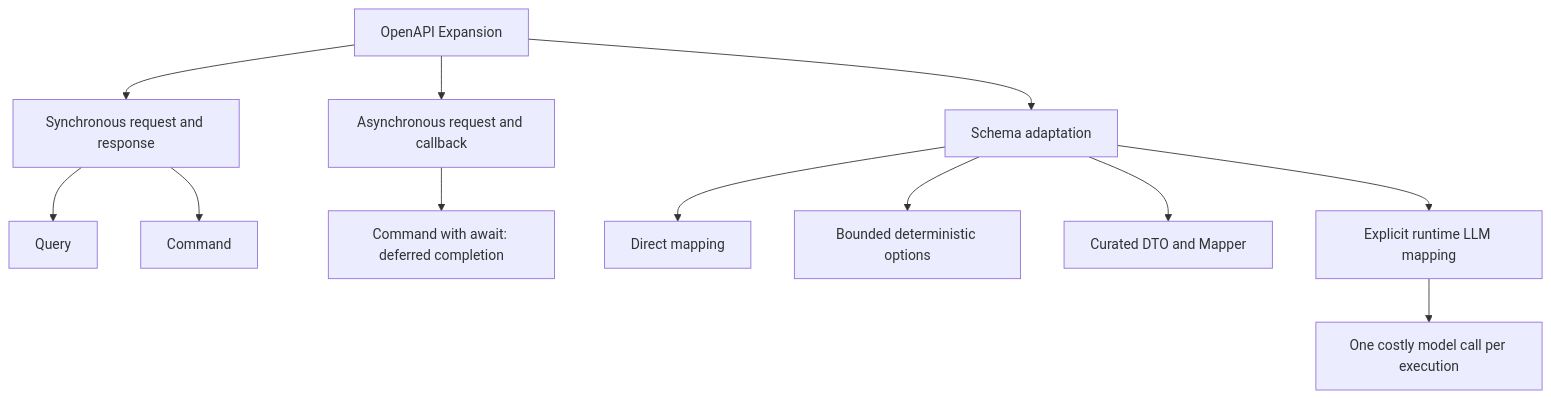
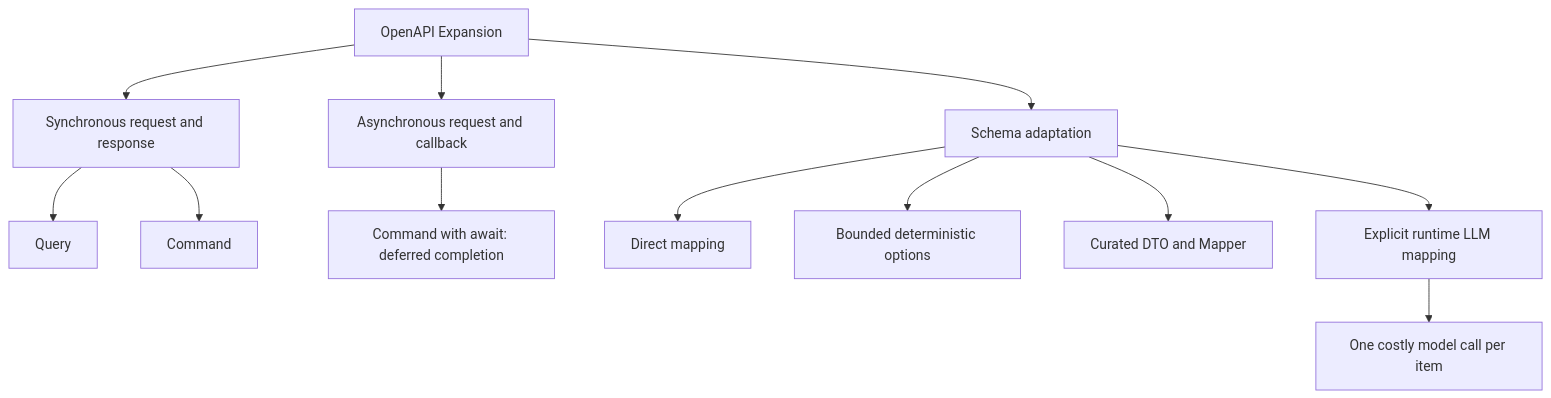
Before and after one commit to The-Pipeline-Framework/pipelineframework: the second of 2 diagrams in docs/value/saas-integration.md, drawn with Mermaid. The commit also changed other lines of this file and 10 other files, not shown here.

Commit message:
docs: make runtime LLM mapping cost per-item

````diff
--- a/docs/value/saas-integration.md
+++ b/docs/value/saas-integration.md
@@ -75,15 +75,15 @@
 ```mermaid
 flowchart TB
     O[OpenAPI Expansion]
     O --> S[Synchronous request and response]
     S --> Q[Query]
     S --> C[Command]
     O --> AC[Asynchronous request and callback]
     AC --> CA[Command with await: deferred completion]
     O --> SA[Schema adaptation]
     SA --> DM[Direct mapping]
     SA --> BO[Bounded deterministic options]
     SA --> DF[Curated DTO and Mapper]
     SA --> RL[Explicit runtime LLM mapping]
-    RL --> EC[One costly model call per execution]
+    RL --> EC[One costly model call per item]
 ```
````
